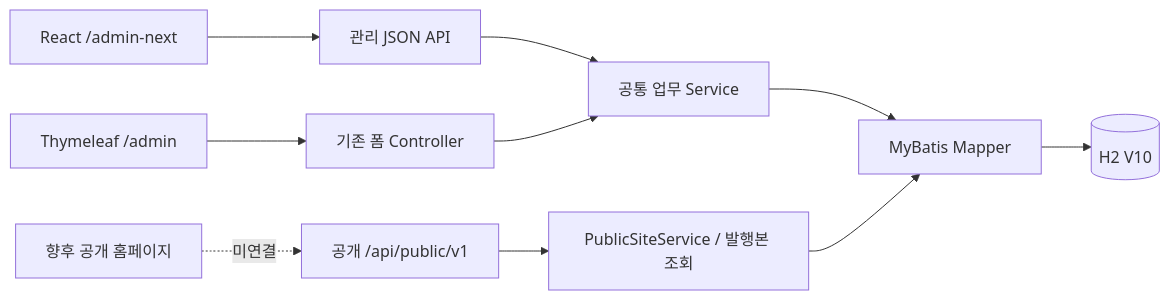
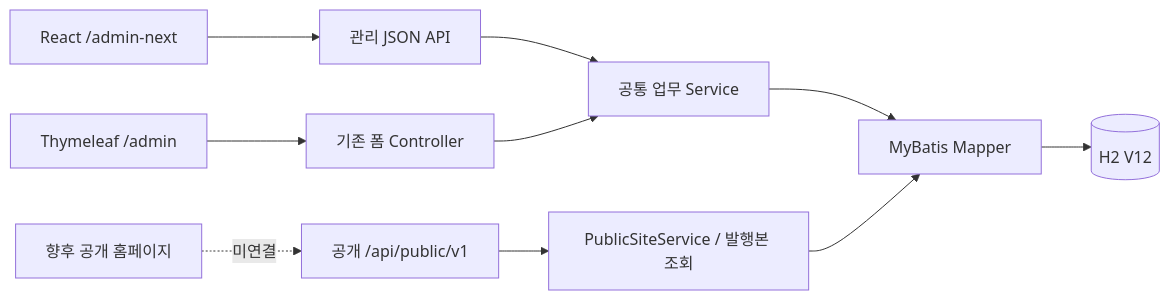
One commit to parkseongji301-source/aica-cms-v10 changed the diagram in docs/5D/5D-2/04_DEVELOPER_HANDOVER.md. Above: the diagram before and after it, drawn with Mermaid. The commit also changed other lines of this file and 18 other files, not shown here.

````diff
--- a/docs/5D/5D-2/04_DEVELOPER_HANDOVER.md
+++ b/docs/5D/5D-2/04_DEVELOPER_HANDOVER.md
@@ -7,12 +7,12 @@
 ```mermaid
 flowchart LR
   R[React /admin-next] --> A[관리 JSON API]
   T[Thymeleaf /admin] --> C[기존 폼 Controller]
   A --> S[공통 업무 Service]
   C --> S
   S --> M[MyBatis Mapper]
-  M --> D[(H2 V10)]
+  M --> D[(H2 V12)]
   P[공개 /api/public/v1] --> Q[PublicSiteService / 발행본 조회]
   Q --> M
   F[향후 공개 홈페이지] -. 미연결 .-> P
 ```
````
